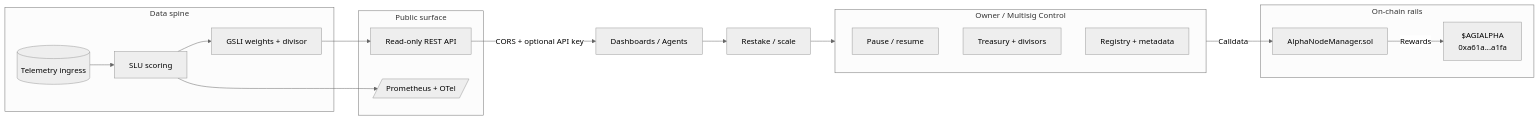
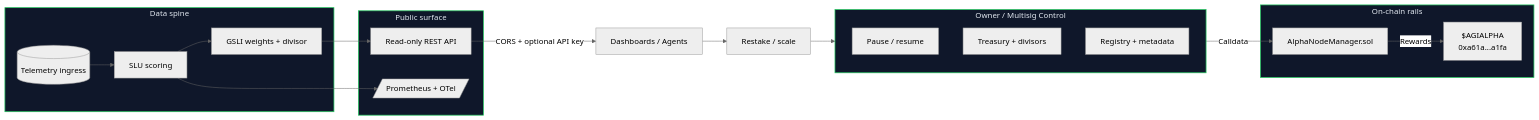
Before and after one commit to MontrealAI/AGI-Alpha-Node-v0: the first of 4 diagrams in README.md, drawn with Mermaid (neutral theme). The commit also changed other lines of this file, not shown here.

Commit message:
Refresh README for public API and CI clarity

````diff
--- a/README.md
+++ b/README.md
@@ -60,28 +59,30 @@
 ```mermaid
 flowchart LR
   subgraph Control[Owner / Multisig Control]
     Pause[Pause / resume]
     Routes[Treasury + divisors]
     Metadata[Registry + metadata]
   end
   subgraph Chain[On-chain rails]
     Manager[AlphaNodeManager.sol]
     Token[$AGIALPHA\n0xa61a...a1fa]
   end
   subgraph Spine[Data spine]
     Telemetry[(Telemetry ingress)]
     Labor[SLU scoring]
     Index[GSLI weights + divisor]
   end
   subgraph Surface[Public surface]
     API[Read-only REST API]
     Metrics[/Prometheus + OTel/]
   end
   Control -->|Calldata| Manager
   Manager -->|Rewards| Token
   Telemetry --> Labor --> Index --> API
   Labor --> Metrics
   API -->|CORS + optional API key| Dashboards[Dashboards / Agents]
   Dashboards --> Feedback[Restake / scale]
   Feedback --> Control
+  classDef accent fill:#0f172a,stroke:#22c55e,stroke-width:1.5px,color:#e2e8f0;
+  class Control,Chain,Spine,Surface accent;
 ```
````
